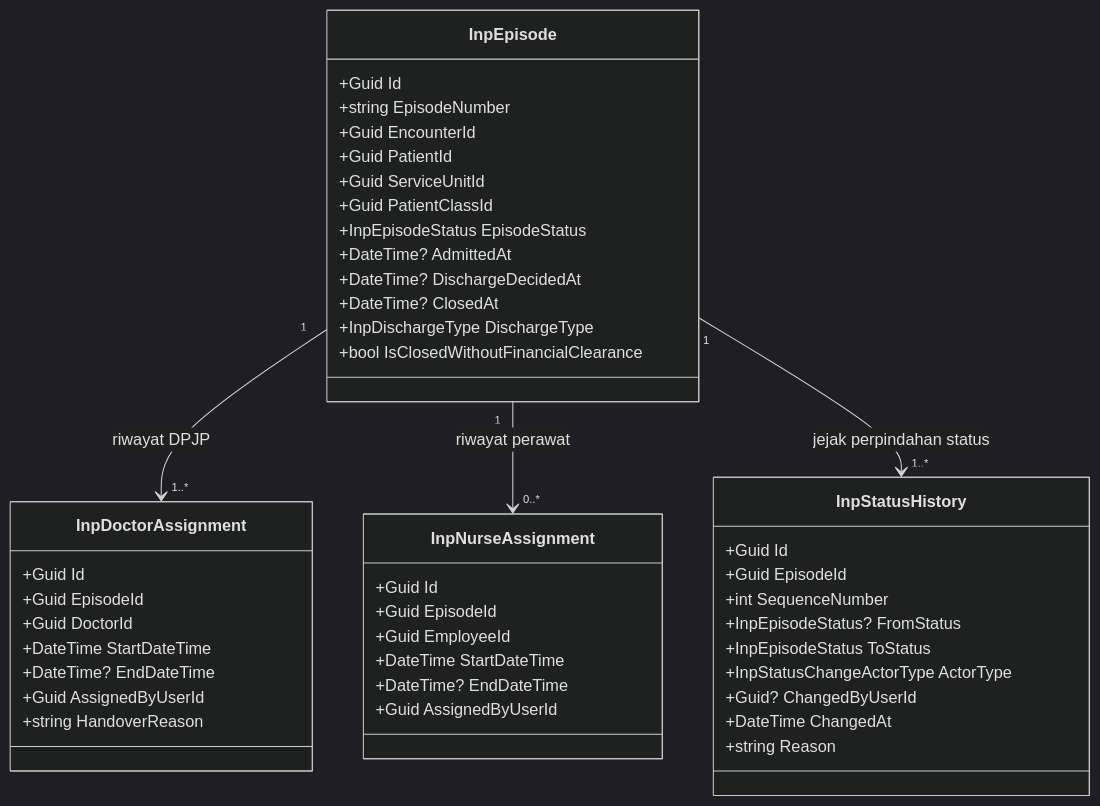
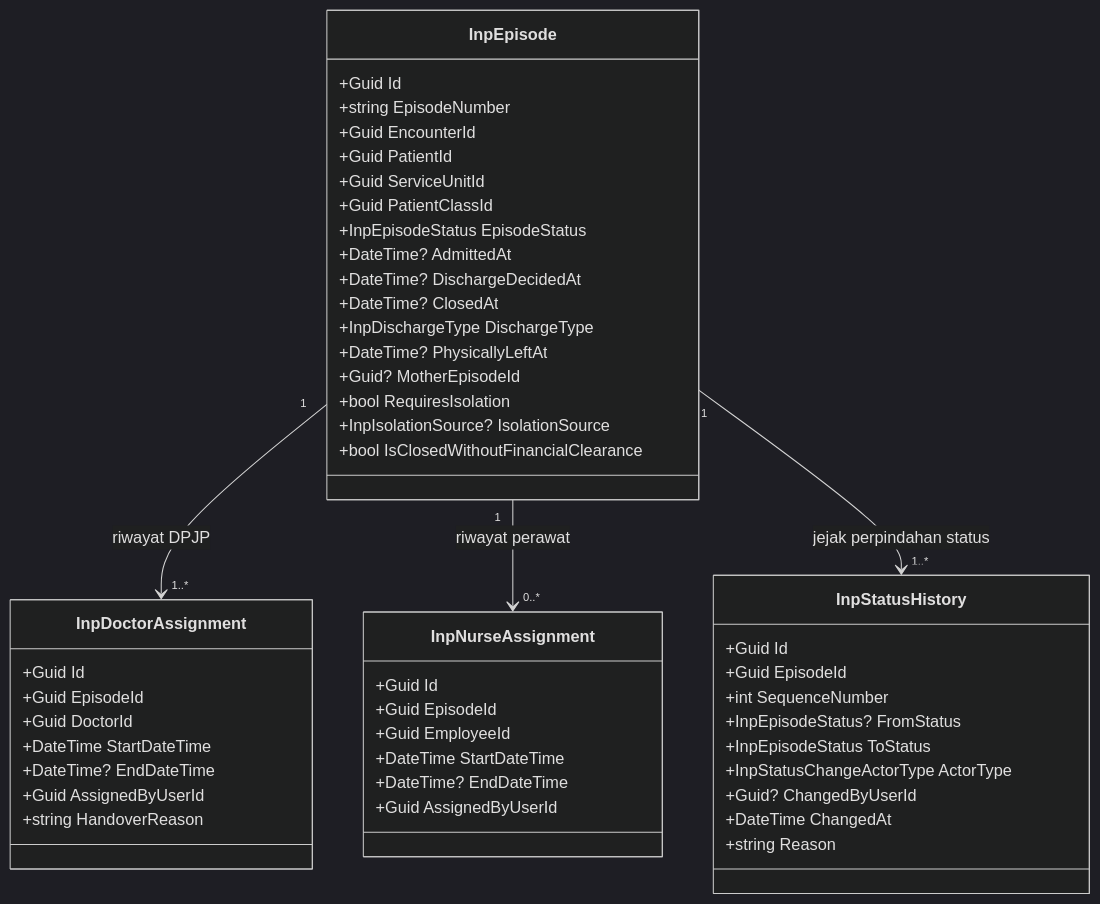
One commit to DevBenari/NewQuilvianSystemBackend changed the first of 4 diagrams in docs/module-blueprints/rawat-inap/02-backend-architecture.md. Above: the diagram before and after it, drawn with Mermaid (dark theme). The commit also changed other lines of this file and 12 other files, not shown here.

````diff
--- a/docs/module-blueprints/rawat-inap/02-backend-architecture.md
+++ b/docs/module-blueprints/rawat-inap/02-backend-architecture.md
@@ -175,48 +225,52 @@
 ```mermaid
 classDiagram
     class InpEpisode {
         +Guid Id
         +string EpisodeNumber
         +Guid EncounterId
         +Guid PatientId
         +Guid ServiceUnitId
         +Guid PatientClassId
         +InpEpisodeStatus EpisodeStatus
         +DateTime? AdmittedAt
         +DateTime? DischargeDecidedAt
         +DateTime? ClosedAt
         +InpDischargeType DischargeType
+        +DateTime? PhysicallyLeftAt
+        +Guid? MotherEpisodeId
+        +bool RequiresIsolation
+        +InpIsolationSource? IsolationSource
         +bool IsClosedWithoutFinancialClearance
     }
     class InpDoctorAssignment {
         +Guid Id
         +Guid EpisodeId
         +Guid DoctorId
         +DateTime StartDateTime
         +DateTime? EndDateTime
         +Guid AssignedByUserId
         +string HandoverReason
     }
     class InpNurseAssignment {
         +Guid Id
         +Guid EpisodeId
         +Guid EmployeeId
         +DateTime StartDateTime
         +DateTime? EndDateTime
         +Guid AssignedByUserId
     }
     class InpStatusHistory {
         +Guid Id
         +Guid EpisodeId
         +int SequenceNumber
         +InpEpisodeStatus? FromStatus
         +InpEpisodeStatus ToStatus
         +InpStatusChangeActorType ActorType
         +Guid? ChangedByUserId
         +DateTime ChangedAt
         +string Reason
     }
     InpEpisode "1" --> "1..*" InpDoctorAssignment : riwayat DPJP
     InpEpisode "1" --> "0..*" InpNurseAssignment : riwayat perawat
     InpEpisode "1" --> "1..*" InpStatusHistory : jejak perpindahan status
 ```
````
